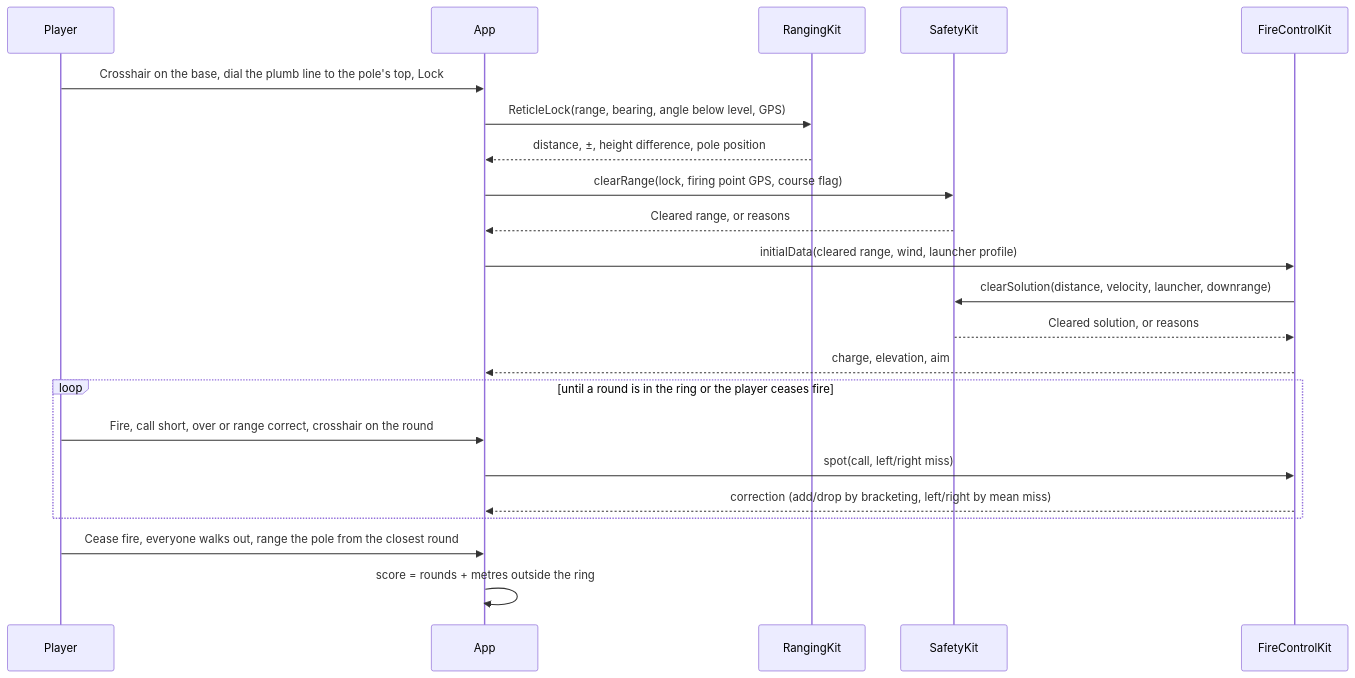
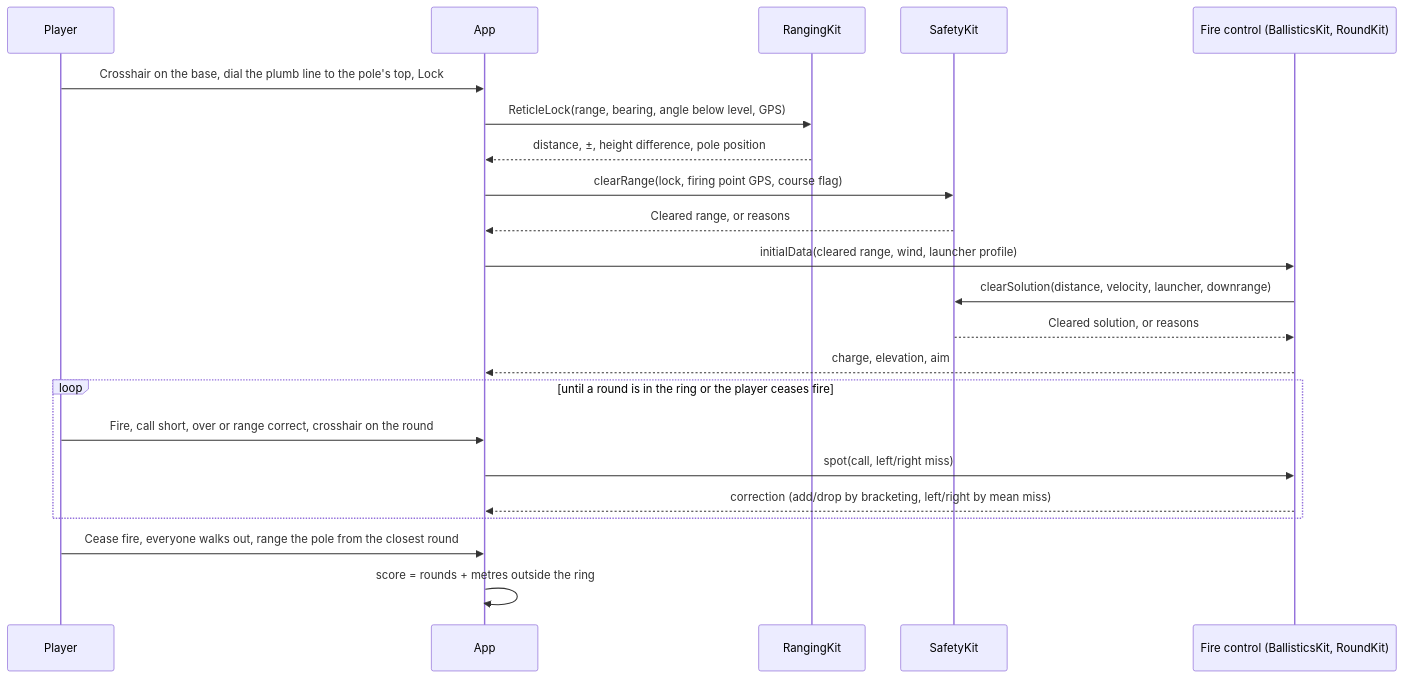
Before and after one commit to zacharyelston/BackyardBallistics: the second of 2 diagrams in docs/ARCHITECTURE.md, drawn with Mermaid. The commit also changed other lines of this file and 17 other files, not shown here.

First line of the commit message:
RoundKit and fire mission screens, with practice mode and scorecards

````diff
--- a/docs/ARCHITECTURE.md
+++ b/docs/ARCHITECTURE.md
@@ -111,24 +116,24 @@
 ```mermaid
 sequenceDiagram
   participant P as Player
   participant A as App
   participant R as RangingKit
   participant S as SafetyKit
-  participant F as FireControlKit
+  participant F as Fire control (BallisticsKit, RoundKit)
   P->>A: Crosshair on the base, dial the plumb line to the pole's top, Lock
   A->>R: ReticleLock(range, bearing, angle below level, GPS)
   R-->>A: distance, ±, height difference, pole position
   A->>S: clearRange(lock, firing point GPS, course flag)
   S-->>A: Cleared range, or reasons
   A->>F: initialData(cleared range, wind, launcher profile)
   F->>S: clearSolution(distance, velocity, launcher, downrange)
   S-->>F: Cleared solution, or reasons
   F-->>A: charge, elevation, aim
   loop until a round is in the ring or the player ceases fire
     P->>A: Fire, call short, over or range correct, crosshair on the round
     A->>F: spot(call, left/right miss)
     F-->>A: correction (add/drop by bracketing, left/right by mean miss)
   end
   P->>A: Cease fire, everyone walks out, range the pole from the closest round
   A->>A: score = rounds + metres outside the ring
 ```
````
